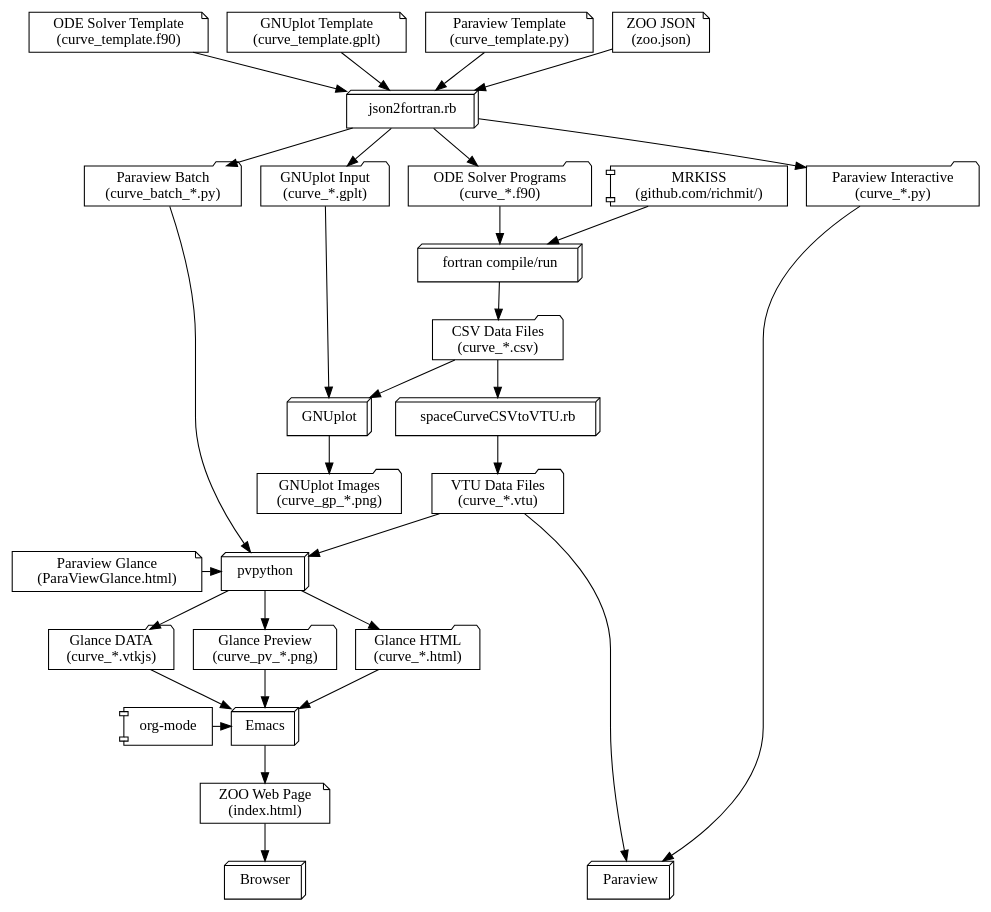
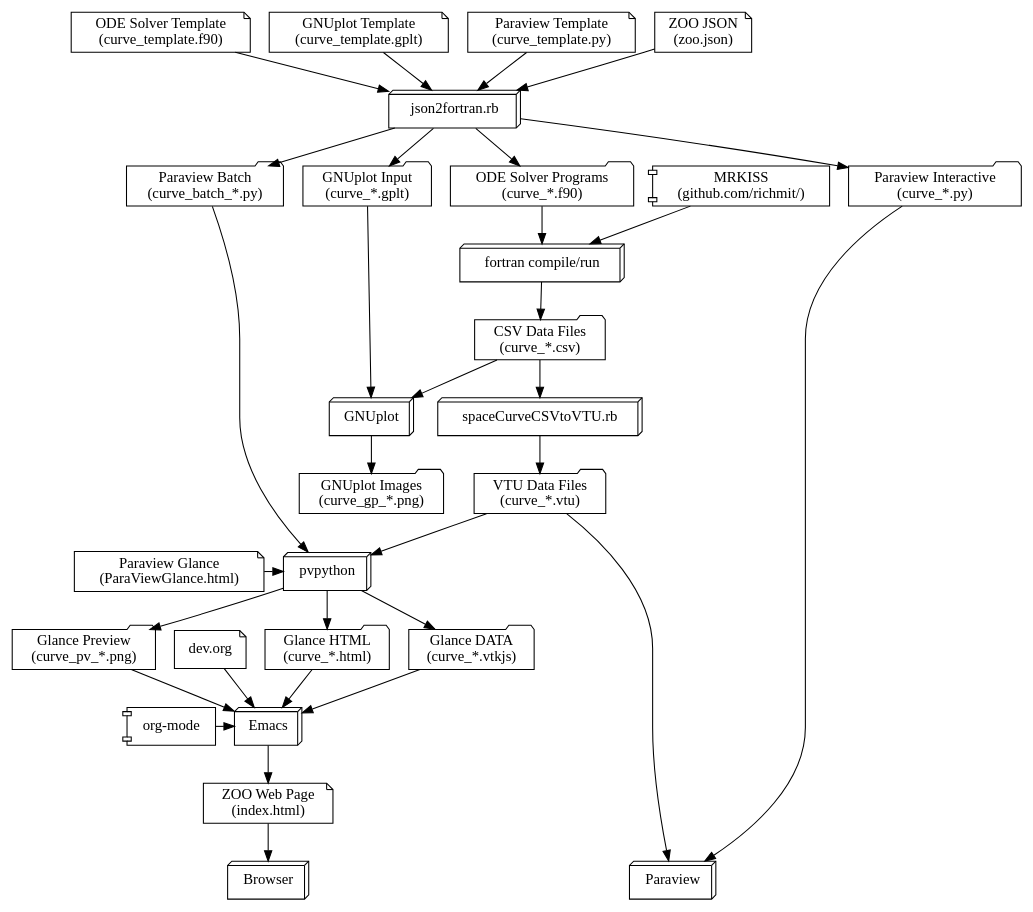
Before and after one commit to richmit/StrangeAttractorZoo: the diagram in docs/dev.org, drawn with Graphviz. The commit also changed 2 other files, not shown here.

Commit message:
Updated dataflow

```diff
--- a/docs/dev.org
+++ b/docs/dev.org
@@ -41,6 +41,6 @@
 #+BEGIN_SRC dot :file ./pics/dataflow.svg  :cmdline -Kdot -Tsvg
 digraph {
-
+ rankdir="BTLR"
     "ODE Solver Template\n(curve_template.f90)" [shape="note"];
     "GNUplot Template\n(curve_template.gplt)" [shape="note"];
     "Paraview Template\n(curve_template.py)" [shape="note"];
@@ -83,7 +83,6 @@
     "Glance HTML\n(curve_*.html)" [shape="folder"];
     "Glance DATA\n(curve_*.vtkjs)" [shape="folder"];
     "Glance Preview\n(curve_pv_*.png)" [shape="folder"];
-
     
     "pvpython" -> "Glance HTML\n(curve_*.html)";
     "pvpython" -> "Glance DATA\n(curve_*.vtkjs)";
@@ -94,7 +93,13 @@
     "Paraview Batch\n(curve_batch_*.py)" -> "pvpython";
 
     "Browser" [shape="box3d"];
+
+    "org-mode" [shape="component"];
     "Emacs" [shape="box3d"];
+    "dev.org" [shape="note"];
+
+    "org-mode" -> "Emacs";
+    "dev.org" -> "Emacs";
 
     "Glance HTML\n(curve_*.html)" -> "Emacs";
     "Glance DATA\n(curve_*.vtkjs)" -> "Emacs";
@@ -107,7 +112,6 @@
 
    "ZOO Web Page\n(index.html)" [shape="note"];
 
-
     { rank = min;  "ODE Solver Template\n(curve_template.f90)"; "GNUplot Template\n(curve_template.gplt)"; "Paraview Template\n(curve_template.py)"; "ZOO JSON\n(zoo.json)" }
     { rank = same; "json2fortran.rb"; }
     { rank = same;  "MRKISS\n(github.com/richmit/)"; "ODE Solver Programs\n(curve_*.f90)"; "GNUplot Input\n(curve_*.gplt)"; "Paraview Batch\n(curve_batch_*.py)"; "Paraview Interactive\n(curve_*.py)"; }
@@ -116,12 +120,9 @@
     { rank = same; "CSV Data Files\n(curve_*.csv)"; }
     { rank = same; "spaceCurveCSVtoVTU.rb"; "GNUplot"; }
     { rank = same; "VTU Data Files\n(curve_*.vtu)"; "GNUplot Images\n(curve_gp_*.png)"; }
-    { rank = same; "Glance HTML\n(curve_*.html)"; "Glance DATA\n(curve_*.vtkjs)"; "Glance Preview\n(curve_pv_*.png)"; }
-    {rank = same;     "org-mode"; "Emacs"; }
+    { rank = same; "Glance HTML\n(curve_*.html)"; "Glance DATA\n(curve_*.vtkjs)"; "Glance Preview\n(curve_pv_*.png)"; "dev.org";}
+    { rank = same;  "org-mode"; "Emacs"; }
     { rank = max;  "Browser"; "Paraview";  }
-
-    "org-mode" [shape="component"];
-    "org-mode" -> "Emacs"
 
    "Emacs" -> "ZOO Web Page\n(index.html)";
 
```
